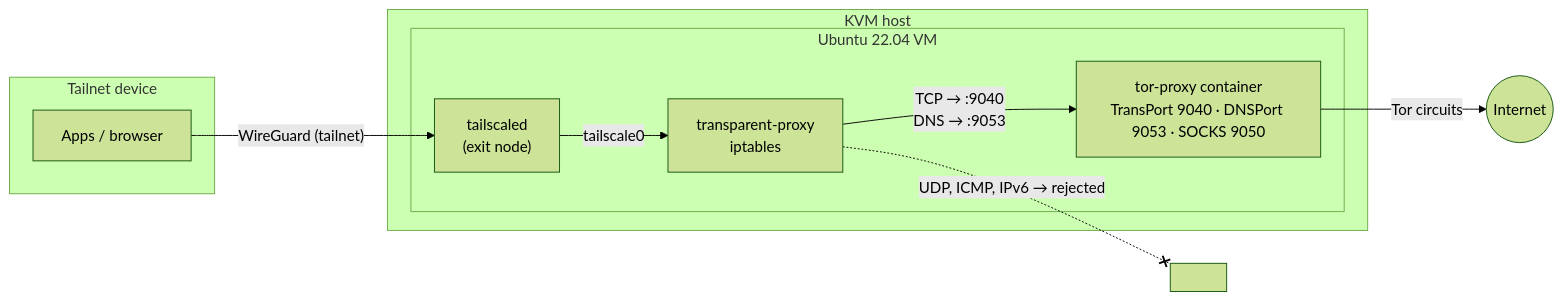
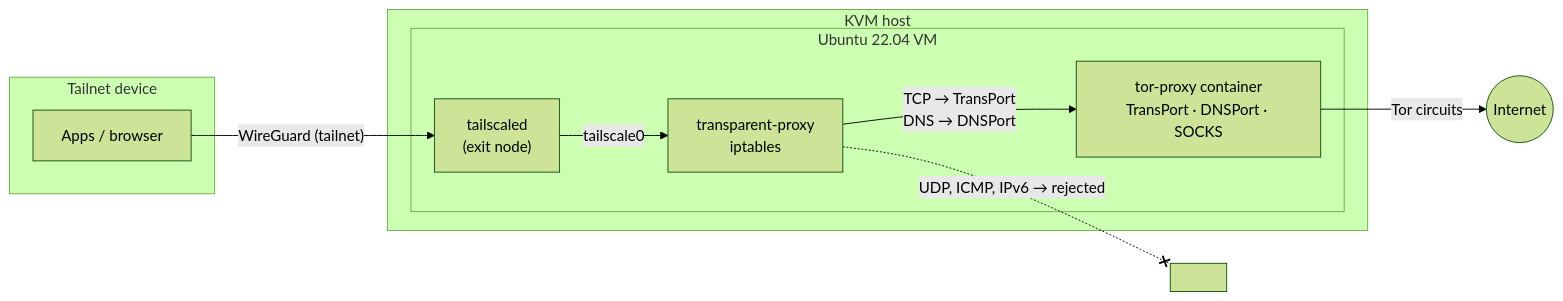
The diagram in README.md (metharda/tor-exit-node), drawn with Mermaid (forest theme) before and after one commit. The commit also changed other lines of this file and 4 other files, not shown here.

````diff
--- a/README.md
+++ b/README.md
@@ -11,18 +56,18 @@
 ```mermaid
 flowchart LR
     subgraph client["Tailnet device"]
         app["Apps / browser"]
     end
     subgraph host["KVM host"]
         subgraph vm["Ubuntu 22.04 VM"]
             ts["tailscaled<br/>(exit node)"]
             fw["transparent-proxy<br/>iptables"]
-            tor["tor-proxy container<br/>TransPort 9040 · DNSPort 9053 · SOCKS 9050"]
+            tor["tor-proxy container<br/>TransPort · DNSPort · SOCKS"]
         end
     end
     app -- "WireGuard (tailnet)" --> ts
     ts -- "tailscale0" --> fw
-    fw -- "TCP → :9040<br/>DNS → :9053" --> tor
+    fw -- "TCP → TransPort<br/>DNS → DNSPort" --> tor
     fw -. "UDP, ICMP, IPv6 → rejected" .-x drop[" "]
     tor -- "Tor circuits" --> internet(("Internet"))
 ```
````
